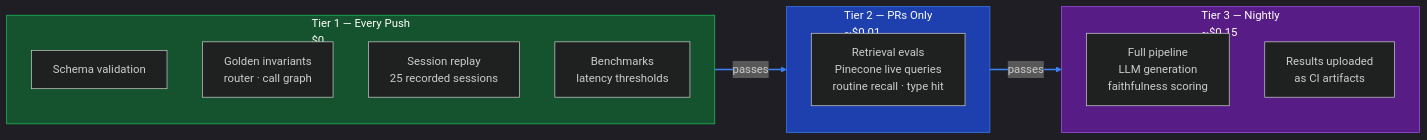
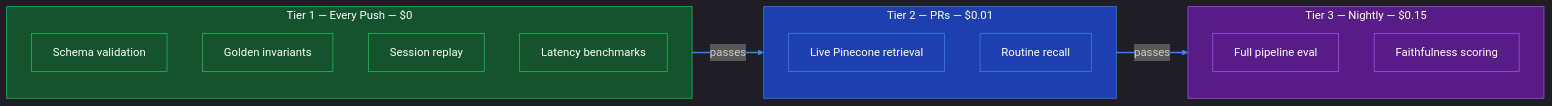
The fourth of 4 diagrams in presentation.md (HenryDeGrasse/LegacyLens), drawn with Mermaid before and after one commit. The commit also changed other lines of this file, not shown here.

Commit message:
docs: remove pricing from architecture slide

````diff
--- a/presentation.md
+++ b/presentation.md
@@ -189,30 +200,36 @@
 ```mermaid +render
 %%{init: {'theme': 'dark'}}%%
 flowchart LR
-    subgraph T1["Tier 1 — Every Push\n$0"]
-        direction TB
+    subgraph T1["Tier 1 — Every Push — $0"]
         S["Schema validation"]
-        GI["Golden invariants\nrouter · call graph"]
-        RP["Session replay\n25 recorded sessions"]
-        BM["Benchmarks\nlatency thresholds"]
+        GI["Golden invariants"]
+        RP["Session replay"]
+        BM["Latency benchmarks"]
     end
 
-    subgraph T2["Tier 2 — PRs Only\n~$0.01"]
-        direction TB
-        RET["Retrieval evals\nPinecone live queries\nroutine recall · type hit"]
+    subgraph T2["Tier 2 — PRs — $0.01"]
+        RET["Live Pinecone retrieval"]
+        RC["Routine recall"]
     end
 
-    subgraph T3["Tier 3 — Nightly\n~$0.15"]
-        direction TB
-        FP["Full pipeline\nLLM generation\nfaithfulness scoring"]
-        RC["Results uploaded\nas CI artifacts"]
+    subgraph T3["Tier 3 — Nightly — $0.15"]
+        FP["Full pipeline eval"]
+        FA["Faithfulness scoring"]
     end
 
     T1 -->|passes| T2
     T2 -->|passes| T3
 
     style T1 fill:#14532d,stroke:#22c55e,color:#fff
     style T2 fill:#1e40af,stroke:#3b82f6,color:#fff
     style T3 fill:#581c87,stroke:#a855f7,color:#fff
+    style S fill:#14532d,stroke:#22c55e,color:#fff
+    style GI fill:#14532d,stroke:#22c55e,color:#fff
+    style RP fill:#14532d,stroke:#22c55e,color:#fff
+    style BM fill:#14532d,stroke:#22c55e,color:#fff
+    style RET fill:#1e40af,stroke:#3b82f6,color:#fff
+    style RC fill:#1e40af,stroke:#3b82f6,color:#fff
+    style FP fill:#581c87,stroke:#a855f7,color:#fff
+    style FA fill:#581c87,stroke:#a855f7,color:#fff
     linkStyle default stroke:#3b82f6,stroke-width:2px
 ```
````
